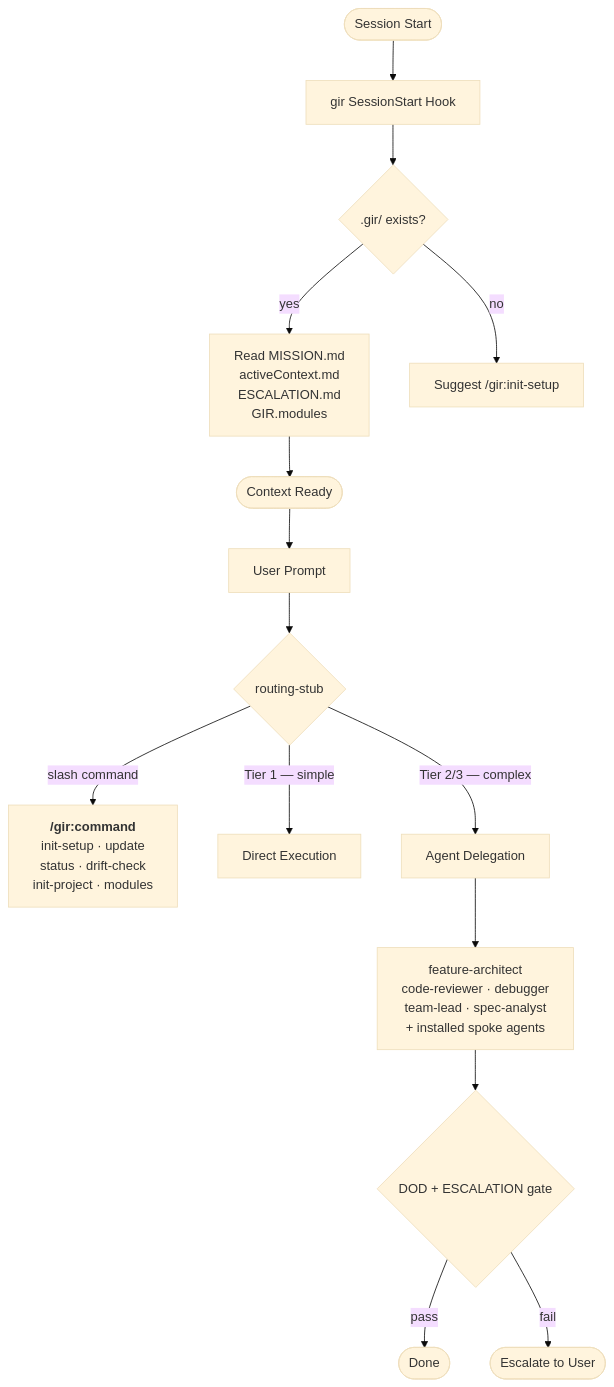
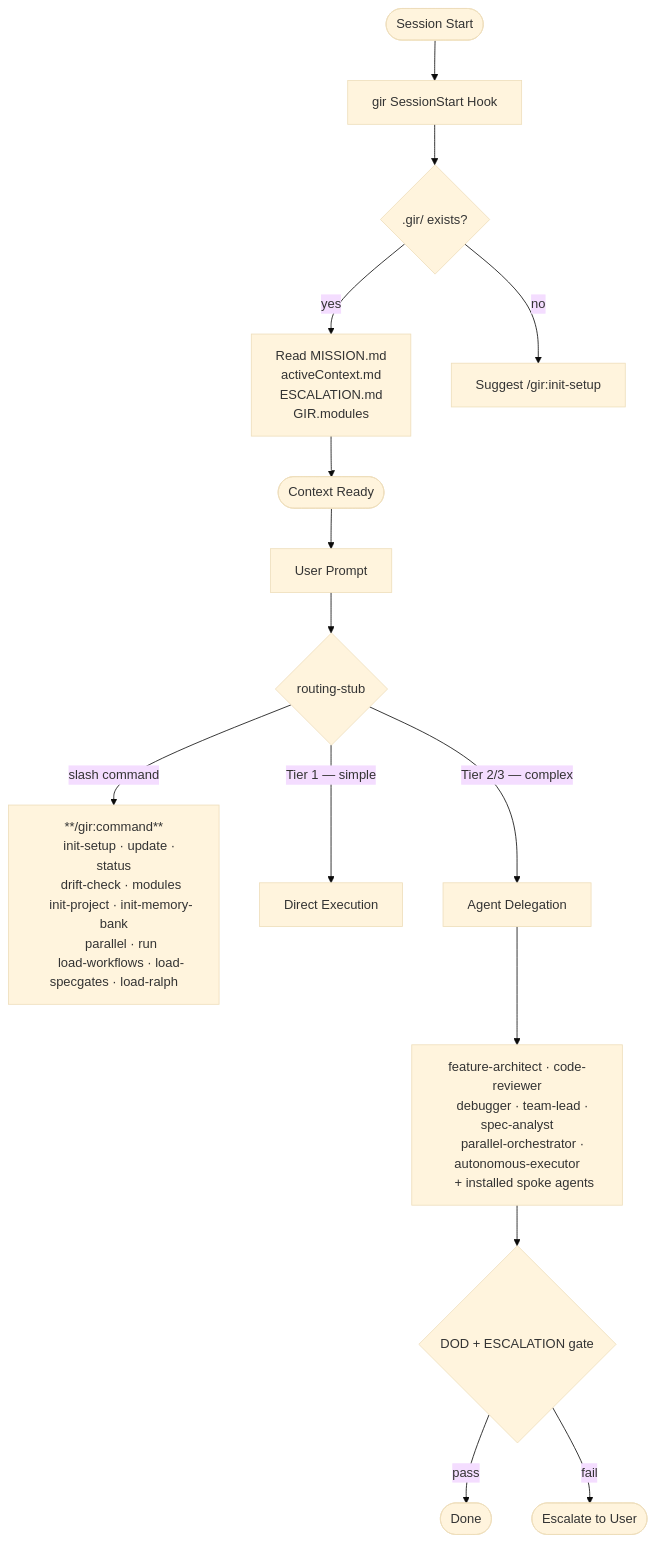
One commit to RedcoatAsher/GIR-v2 changed the second of 2 diagrams in README.md. Above: the diagram before and after it, drawn with Mermaid (base theme). The commit also changed other lines of this file and 2 other files, not shown here.

````diff
--- a/README.md
+++ b/README.md
@@ -83,29 +82,31 @@
 ```mermaid
 flowchart TD
     A([Session Start]) --> B[gir SessionStart Hook]
     B --> C{.gir/ exists?}
     C -->|yes| D[Read MISSION.md\nactiveContext.md\nESCALATION.md\nGIR.modules]
     C -->|no| E[Suggest /gir:init-setup]
     D --> F([Context Ready])
 
     F --> G[User Prompt]
 
     G --> H{routing-stub}
 
-    H -->|slash command| I["<b>/gir:command</b>
-    init-setup · update
-    status · drift-check
-    init-project · modules"]
+    H -->|slash command| I["**/gir:command**
+    init-setup · update · status
+    drift-check · modules
+    init-project · init-memory-bank
+    parallel · run
+    load-workflows · load-specgates · load-ralph"]
 
     H -->|Tier 1 — simple| J[Direct Execution]
 
     H -->|Tier 2/3 — complex| K[Agent Delegation]
-    K --> L["feature-architect
-    code-reviewer · debugger
-    team-lead · spec-analyst
+    K --> L["feature-architect · code-reviewer
+    debugger · team-lead · spec-analyst
+    parallel-orchestrator · autonomous-executor
     + installed spoke agents"]
 
     L --> M{DOD + ESCALATION gate}
     M -->|pass| N([Done])
     M -->|fail| O([Escalate to User])
 ```
````
